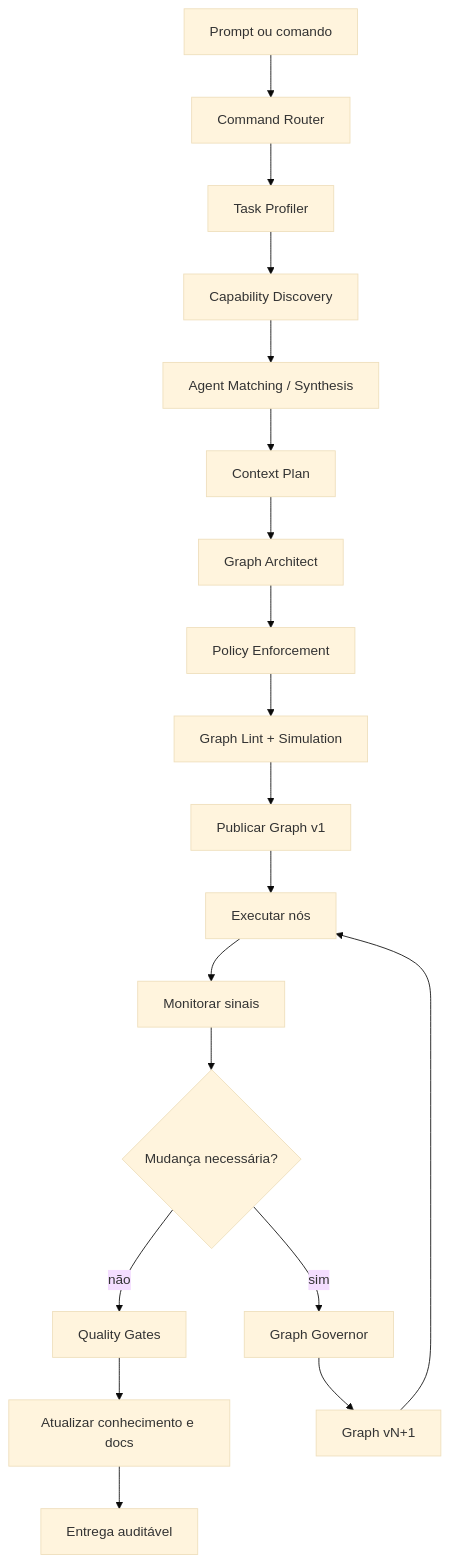
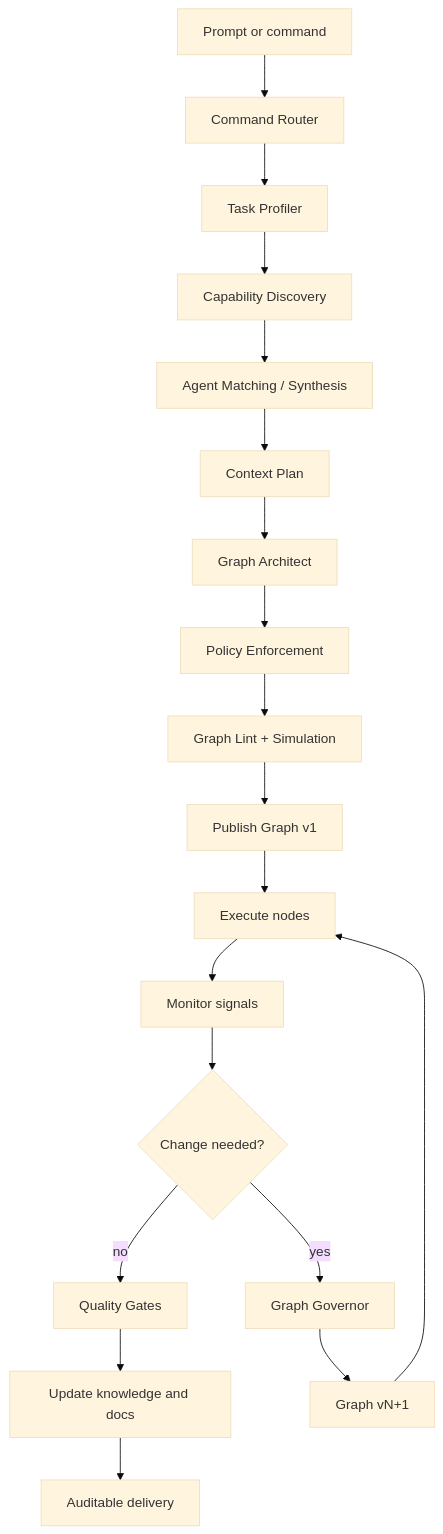
Before and after one commit to stabem/GraphHelm: the second of 2 diagrams in MASTER_PRD.md, drawn with Mermaid (base theme). The commit also changed other lines of this file and 25 other files, not shown here.

````diff
--- a/MASTER_PRD.md
+++ b/MASTER_PRD.md
@@ -214,21 +214,21 @@
 ```mermaid
 flowchart TD
-    A[Prompt ou comando] --> B[Command Router]
+    A[Prompt or command] --> B[Command Router]
     B --> C[Task Profiler]
     C --> D[Capability Discovery]
     D --> E[Agent Matching / Synthesis]
     E --> F[Context Plan]
     F --> G[Graph Architect]
     G --> H[Policy Enforcement]
     H --> I[Graph Lint + Simulation]
-    I --> J[Publicar Graph v1]
-    J --> K[Executar nós]
-    K --> L[Monitorar sinais]
-    L --> M{Mudança necessária?}
-    M -->|não| N[Quality Gates]
-    M -->|sim| O[Graph Governor]
+    I --> J[Publish Graph v1]
+    J --> K[Execute nodes]
+    K --> L[Monitor signals]
+    L --> M{Change needed?}
+    M -->|no| N[Quality Gates]
+    M -->|yes| O[Graph Governor]
     O --> P[Graph vN+1]
     P --> K
-    N --> Q[Atualizar conhecimento e docs]
-    Q --> R[Entrega auditável]
+    N --> Q[Update knowledge and docs]
+    Q --> R[Auditable delivery]
 ```
````
